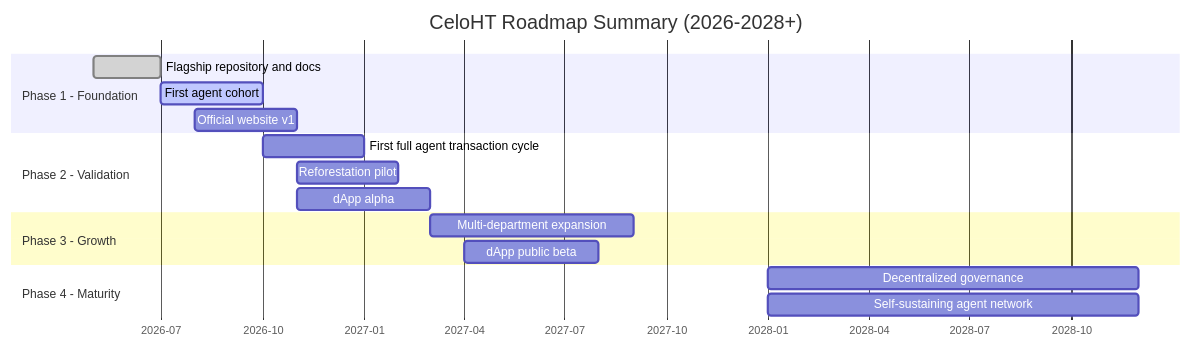
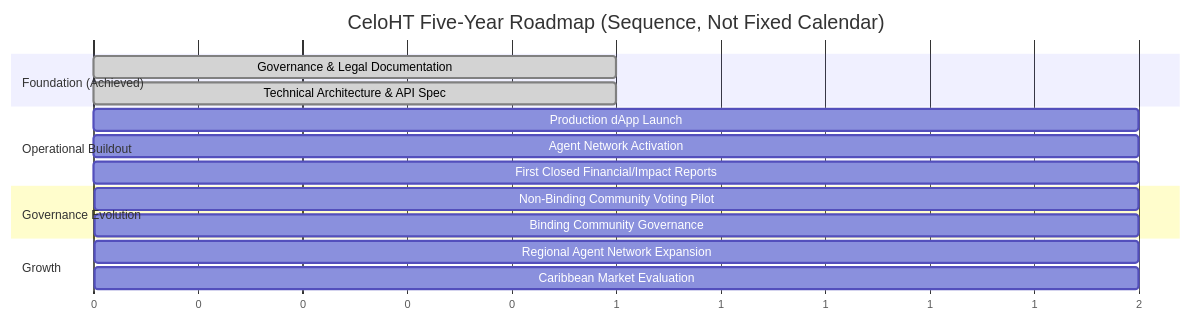
Diagram 20 of 21 in WHITEPAPER.md (Celo-HaiTi/CeloHT), drawn with Mermaid before and after one commit. The commit also changed other lines of this file, not shown here.

````diff
--- a/WHITEPAPER.md
+++ b/WHITEPAPER.md
@@ -1048,24 +1227,19 @@
 ```mermaid
 gantt
-    title CeloHT Roadmap Summary (2026-2028+)
-    dateFormat  YYYY-MM
-    axisFormat  %Y-%m
-
-    section Phase 1 - Foundation
-    Flagship repository and docs      :done,    p1a, 2026-05, 2026-07
-    First agent cohort                :active,  p1c, 2026-07, 2026-10
-    Official website v1               :         p1e, 2026-08, 2026-11
-
-    section Phase 2 - Validation
-    First full agent transaction cycle :        p2a, 2026-10, 2027-01
-    Reforestation pilot               :         p2b, 2026-11, 2027-02
-    dApp alpha                        :         p2c, 2026-11, 2027-03
-
-    section Phase 3 - Growth
-    Multi-department expansion        :         p3a, 2027-03, 2027-09
-    dApp public beta                  :         p3c, 2027-04, 2027-08
-
-    section Phase 4 - Maturity
-    Decentralized governance          :         p4a, 2028-01, 2028-12
-    Self-sustaining agent network     :         p4b, 2028-01, 2028-12
+    dateFormat  X
+    axisFormat %s
+    title CeloHT Five-Year Roadmap (Sequence, Not Fixed Calendar)
+    section Foundation (Achieved)
+    Governance & Legal Documentation      :done, a1, 0, 1
+    Technical Architecture & API Spec     :done, a2, 0, 1
+    section Operational Buildout
+    Production dApp Launch                :a3, 1, 2
+    Agent Network Activation              :a4, 1, 2
+    First Closed Financial/Impact Reports :a5, 1, 2
+    section Governance Evolution
+    Non-Binding Community Voting Pilot    :a6, 2, 2
+    Binding Community Governance          :a7, 3, 2
+    section Growth
+    Regional Agent Network Expansion      :a8, 2, 2
+    Caribbean Market Evaluation           :a9, 3, 2
 ```
````
